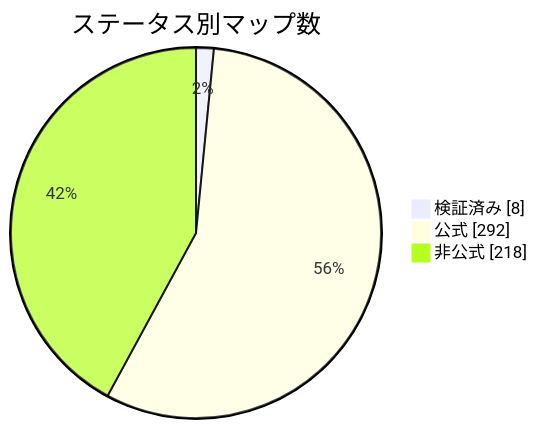
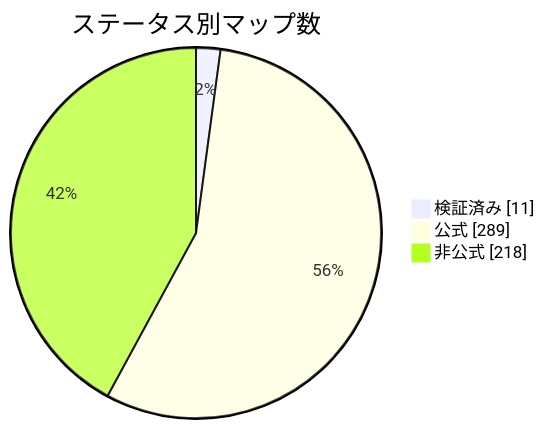
Before and after one commit to nobrega8/mbmap-library: the diagram in docs/readme/README_JP.md, drawn with Mermaid. The commit also changed 7 other files, not shown here.

````diff
--- a/docs/readme/README_JP.md
+++ b/docs/readme/README_JP.md
@@ -54,7 +54,7 @@
 ```mermaid
 pie showData
     title ステータス別マップ数
-    "検証済み" : 8
-    "公式" : 292
+    "検証済み" : 11
+    "公式" : 289
     "非公式" : 218
 ```
````
